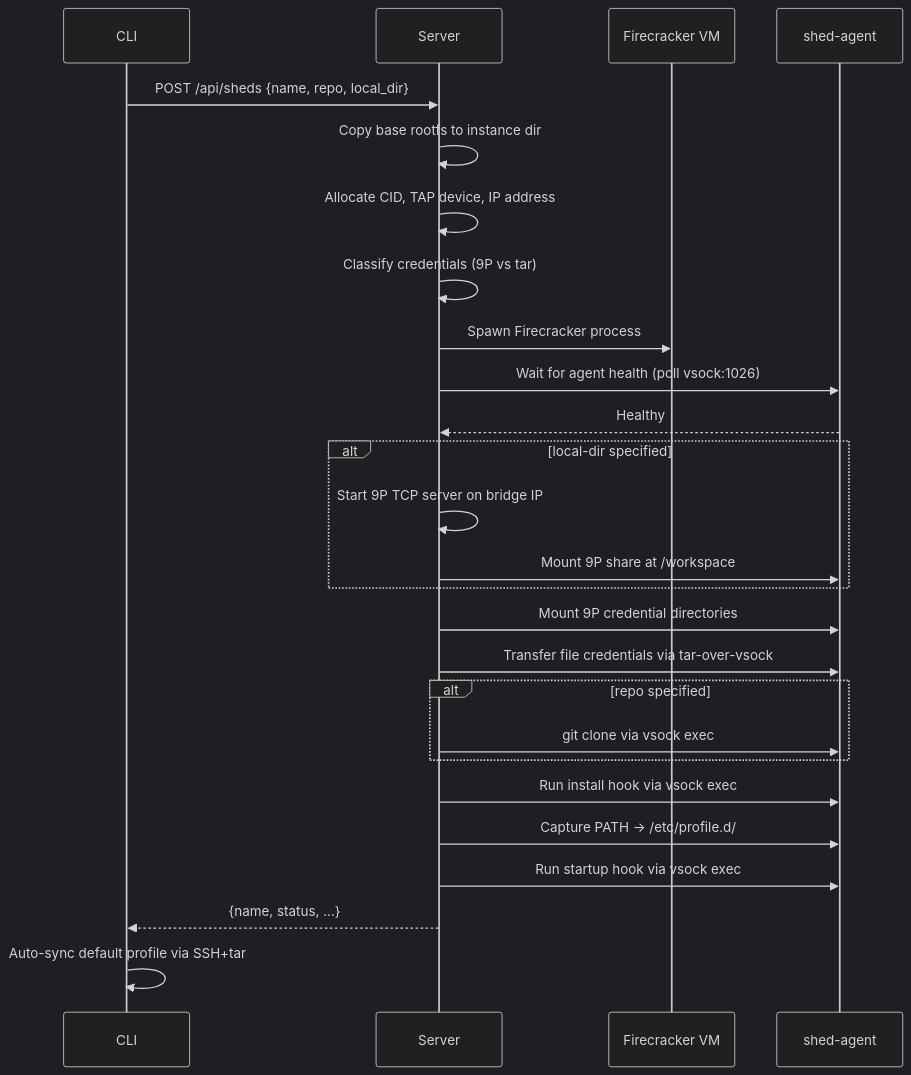
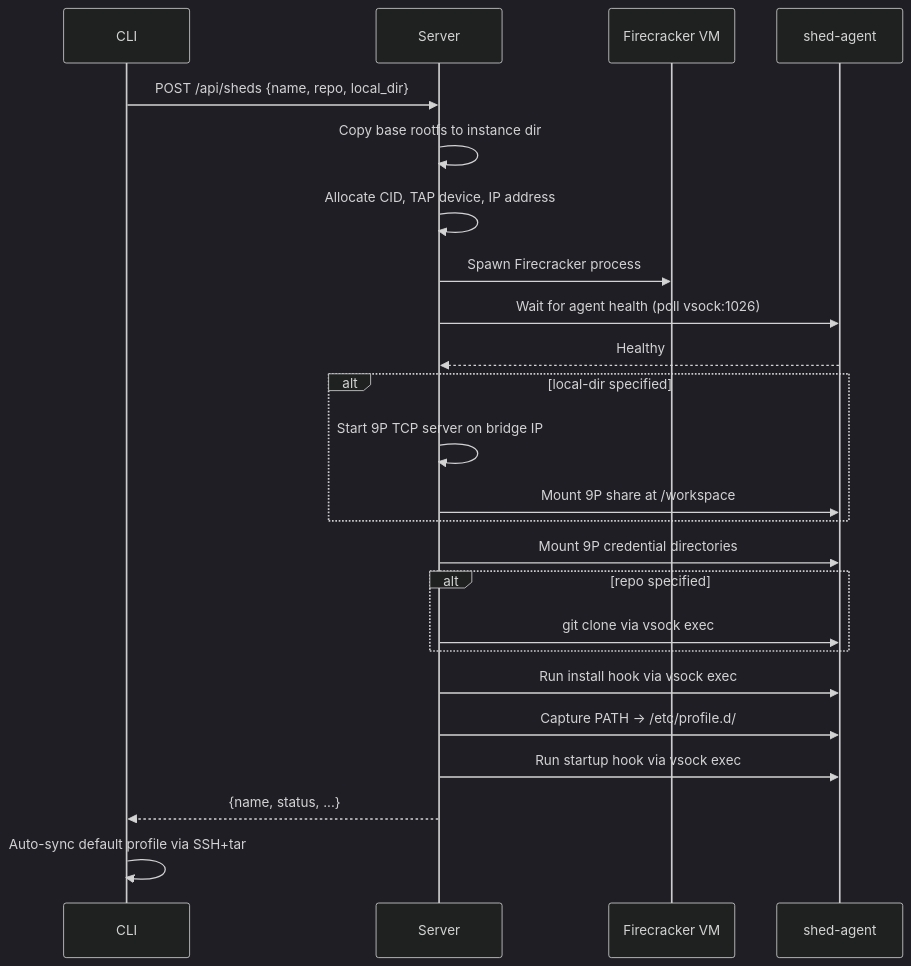
One commit to charliek/shed changed the fourth of 7 diagrams in docs/development/architecture.md. Above: the diagram before and after it, drawn with Mermaid (dark theme). The commit also changed other lines of this file and 11 other files, not shown here.

````diff
--- a/docs/development/architecture.md
+++ b/docs/development/architecture.md
@@ -132,29 +132,27 @@
     ```mermaid
     sequenceDiagram
         participant CLI
         participant Server
         participant VM as Firecracker VM
         participant Agent as shed-agent
 
         CLI->>Server: POST /api/sheds {name, repo, local_dir}
         Server->>Server: Copy base rootfs to instance dir
         Server->>Server: Allocate CID, TAP device, IP address
-        Server->>Server: Classify credentials (9P vs tar)
         Server->>VM: Spawn Firecracker process
         Server->>Agent: Wait for agent health (poll vsock:1026)
         Agent-->>Server: Healthy
         alt local-dir specified
             Server->>Server: Start 9P TCP server on bridge IP
             Server->>Agent: Mount 9P share at /workspace
         end
         Server->>Agent: Mount 9P credential directories
-        Server->>Agent: Transfer file credentials via tar-over-vsock
         alt repo specified
             Server->>Agent: git clone via vsock exec
         end
         Server->>Agent: Run install hook via vsock exec
         Server->>Agent: Capture PATH → /etc/profile.d/
         Server->>Agent: Run startup hook via vsock exec
         Server-->>CLI: {name, status, ...}
         CLI->>CLI: Auto-sync default profile via SSH+tar
     ```
````
